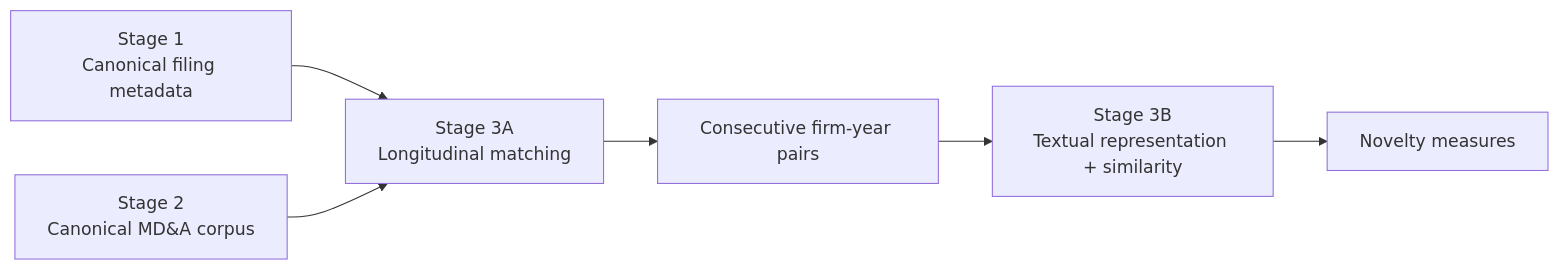
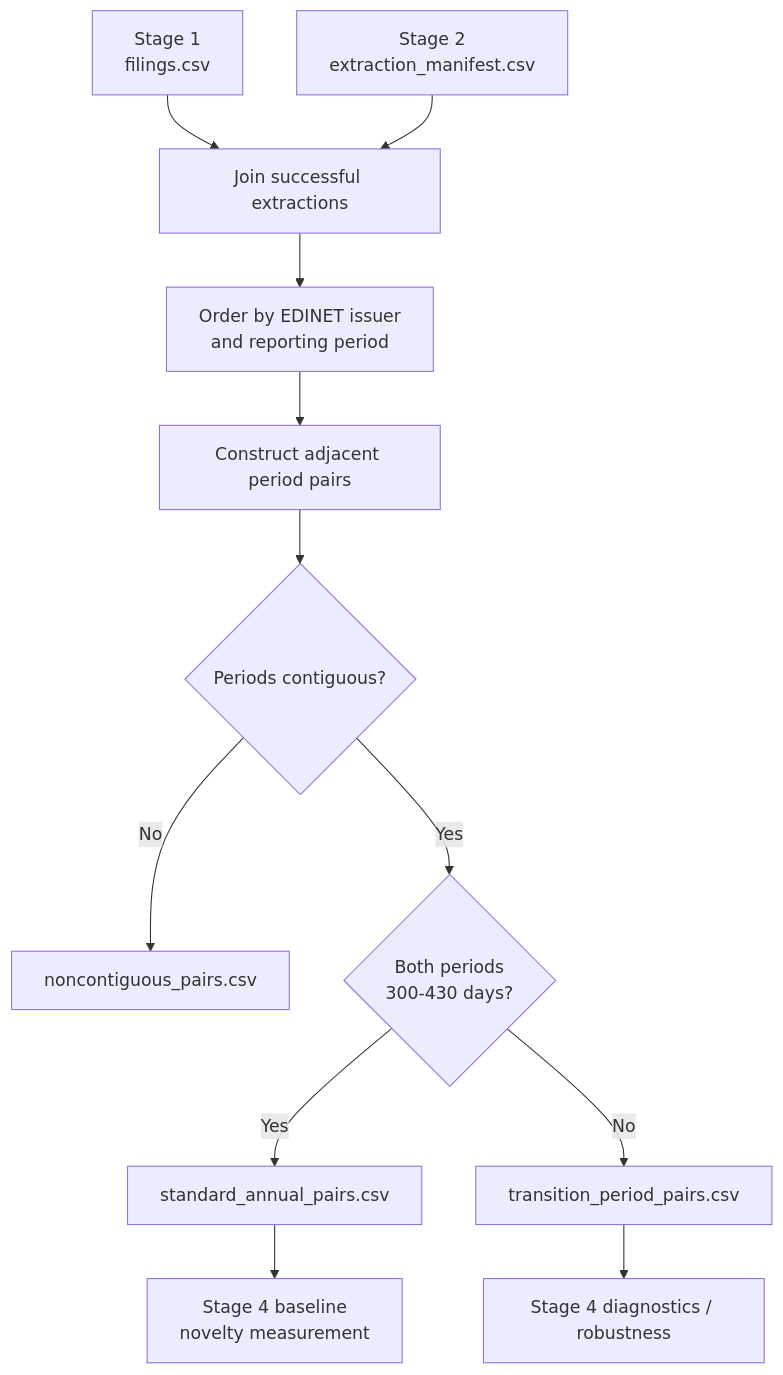
Before and after one commit to markblefevre/phd_research_pipeline: the fourth of 4 diagrams in docs/paper2/pipeline_overview.md, drawn with Mermaid. The commit also changed other lines of this file and 1 other file, not shown here.

````diff
--- a/docs/paper2/pipeline_overview.md
+++ b/docs/paper2/pipeline_overview.md
@@ -455,15 +576,23 @@
 ```mermaid
-flowchart LR
+flowchart TD
 
-    A[Stage 1<br/>Canonical filing metadata]
-    B[Stage 2<br/>Canonical MD&A corpus]
+    A[Stage 1<br/>filings.csv]
+    B[Stage 2<br/>extraction_manifest.csv]
 
-    A --> C[Stage 3A<br/>Longitudinal matching]
+    A --> C[Join successful extractions]
     B --> C
 
-    C --> D[Consecutive firm-year pairs]
+    C --> D[Order by EDINET issuer<br/>and reporting period]
+    D --> E[Construct adjacent period pairs]
 
-    D --> E[Stage 3B<br/>Textual representation + similarity]
+    E --> F{Periods contiguous?}
 
-    E --> F[Novelty measures]
+    F -- No --> G[noncontiguous_pairs.csv]
+    F -- Yes --> H{Both periods<br/>300-430 days?}
+
+    H -- Yes --> I[standard_annual_pairs.csv]
+    H -- No --> J[transition_period_pairs.csv]
+
+    I --> K[Stage 4 baseline<br/>novelty measurement]
+    J --> L[Stage 4 diagnostics / robustness]
 ```
````
